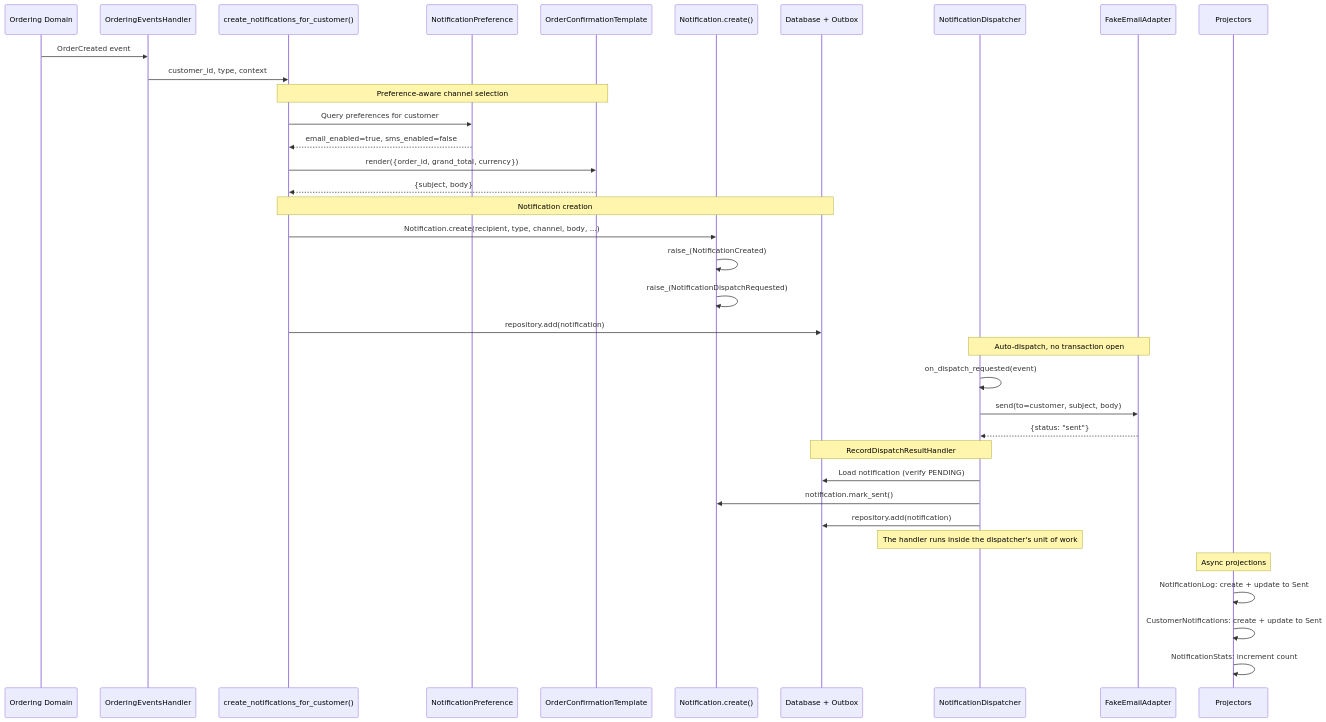
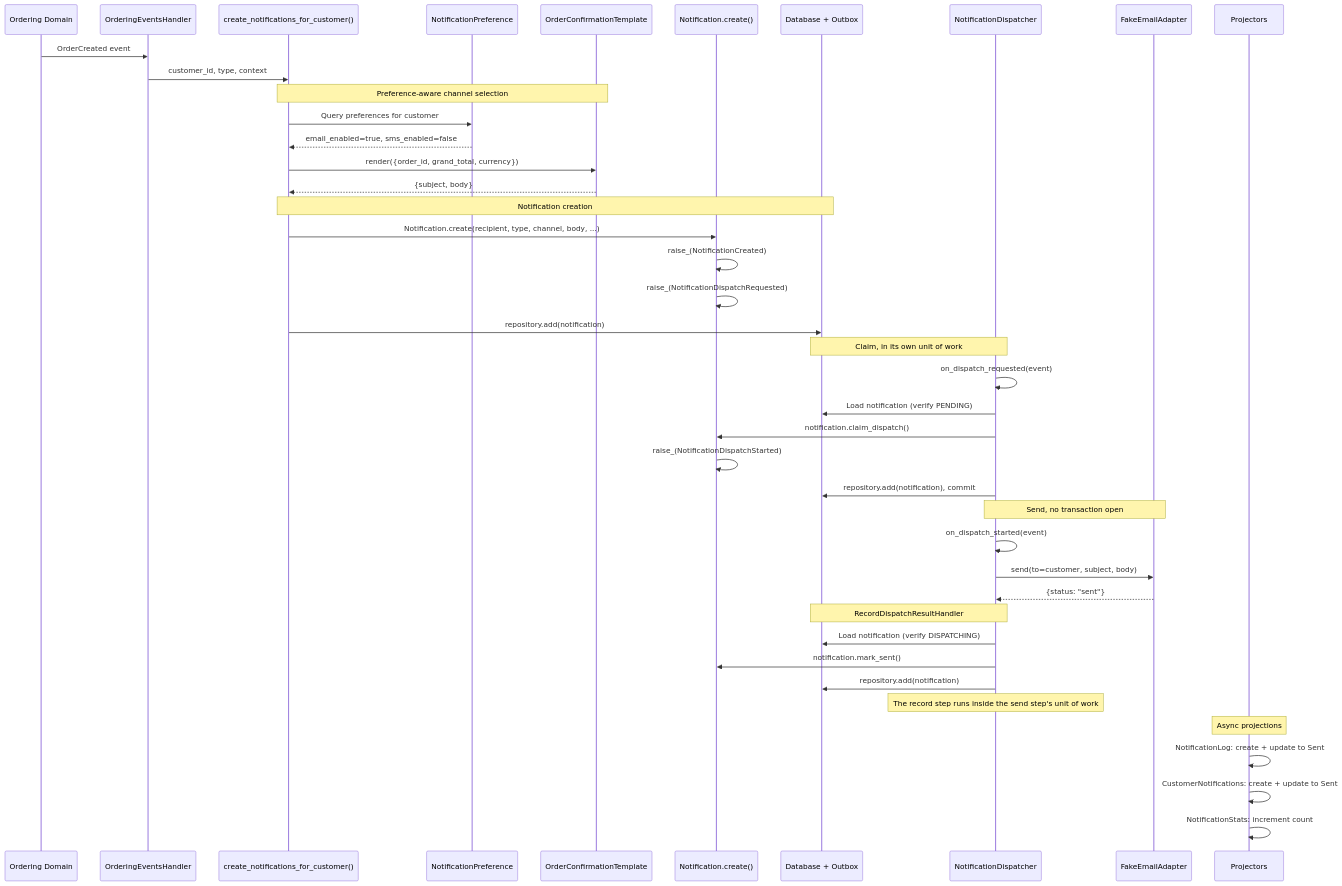
Before and after one commit to proteanhq/shopstream: the diagram in docs/notifications/scenarios/notification-dispatch.md, drawn with Mermaid. The commit also changed other lines of this file and 61 other files, not shown here.

First line of the commit message:
Claim a notification before its send, and send retried notifications again (#130)

````diff
--- a/docs/notifications/scenarios/notification-dispatch.md
+++ b/docs/notifications/scenarios/notification-dispatch.md
@@ -97,44 +111,51 @@
 ```mermaid
 sequenceDiagram
     participant Ordering as Ordering Domain
     participant Handler as OrderingEventsHandler
     participant Helper as create_notifications_for_customer()
     participant Pref as NotificationPreference
     participant Template as OrderConfirmationTemplate
     participant Agg as Notification.create()
     participant DB as Database + Outbox
     participant Dispatch as NotificationDispatcher
     participant Adapter as FakeEmailAdapter
     participant Proj as Projectors
 
     Ordering->>Handler: OrderCreated event
     Handler->>Helper: customer_id, type, context
 
     Note over Helper,Template: Preference-aware channel selection
     Helper->>Pref: Query preferences for customer
     Pref-->>Helper: email_enabled=true, sms_enabled=false
     Helper->>Template: render({order_id, grand_total, currency})
     Template-->>Helper: {subject, body}
 
     Note over Helper,DB: Notification creation
     Helper->>Agg: Notification.create(recipient, type, channel, body, ...)
     Agg->>Agg: raise_(NotificationCreated)
     Agg->>Agg: raise_(NotificationDispatchRequested)
     Helper->>DB: repository.add(notification)
 
-    Note over Dispatch,Adapter: Auto-dispatch, no transaction open
+    Note over Dispatch,DB: Claim, in its own unit of work
     Dispatch->>Dispatch: on_dispatch_requested(event)
+    Dispatch->>DB: Load notification (verify PENDING)
+    Dispatch->>Agg: notification.claim_dispatch()
+    Agg->>Agg: raise_(NotificationDispatchStarted)
+    Dispatch->>DB: repository.add(notification), commit
+
+    Note over Dispatch,Adapter: Send, no transaction open
+    Dispatch->>Dispatch: on_dispatch_started(event)
     Dispatch->>Adapter: send(to=customer, subject, body)
     Adapter-->>Dispatch: {status: "sent"}
 
     Note over Dispatch,DB: RecordDispatchResultHandler
-    Dispatch->>DB: Load notification (verify PENDING)
+    Dispatch->>DB: Load notification (verify DISPATCHING)
     Dispatch->>Agg: notification.mark_sent()
     Dispatch->>DB: repository.add(notification)
-    Note over Dispatch: The handler runs inside the dispatcher's unit of work
+    Note over Dispatch: The record step runs inside the send step's unit of work
 
     Note over Proj: Async projections
     Proj->>Proj: NotificationLog: create + update to Sent
     Proj->>Proj: CustomerNotifications: create + update to Sent
     Proj->>Proj: NotificationStats: increment count
 ```
````
